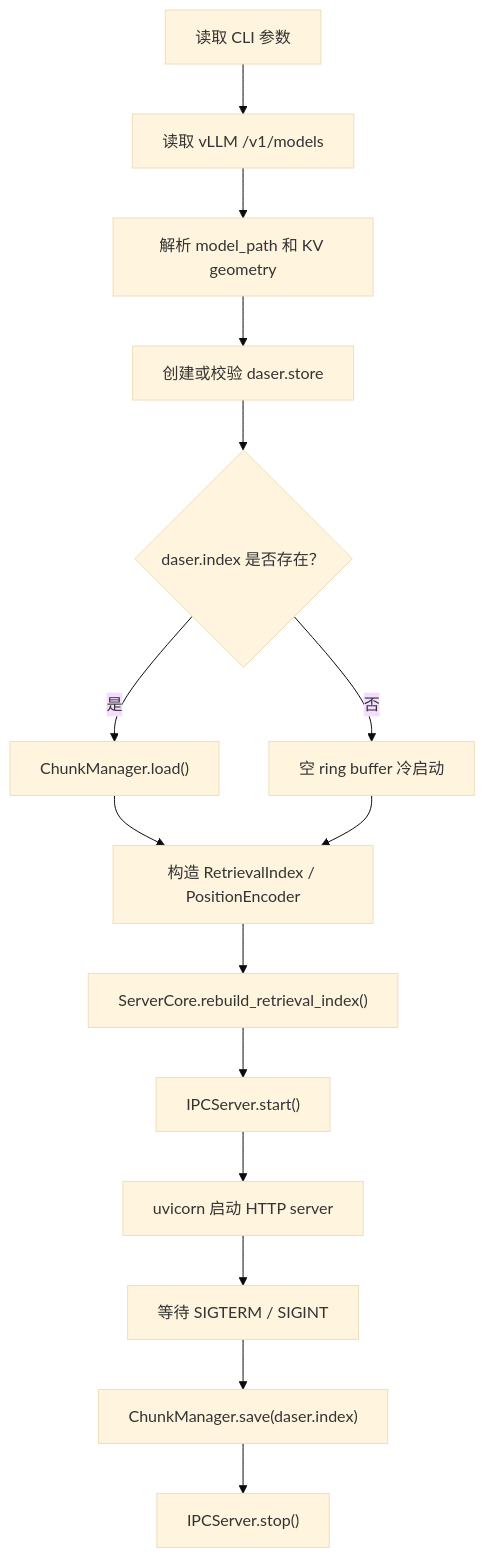
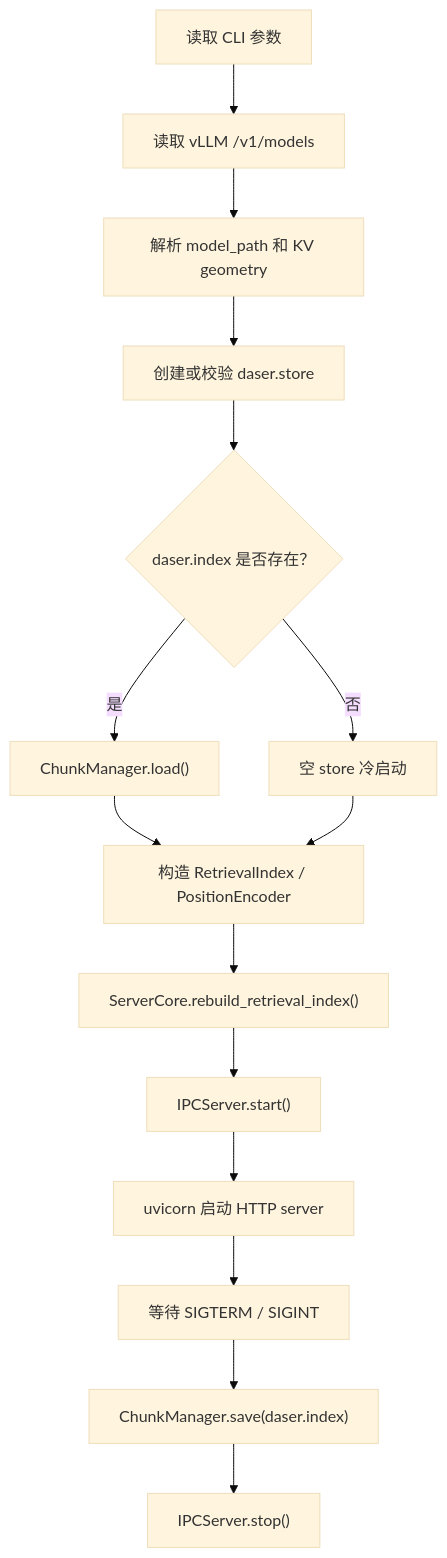
The second of 2 diagrams in docs/design/architecture.md (7774596/DaseR), drawn with Mermaid (base theme) before and after one commit. The commit also changed other lines of this file and 38 other files, not shown here.

````diff
--- a/docs/design/architecture.md
+++ b/docs/design/architecture.md
@@ -350,17 +349,17 @@
 ```mermaid
 flowchart TB
     A["读取 CLI 参数"] --> B["读取 vLLM /v1/models"]
     B --> C["解析 model_path 和 KV geometry"]
     C --> D["创建或校验 daser.store"]
     D --> E{"daser.index 是否存在？"}
     E -- 是 --> F["ChunkManager.load()"]
-    E -- 否 --> G["空 ring buffer 冷启动"]
+    E -- 否 --> G["空 store 冷启动"]
     F --> H["构造 RetrievalIndex / PositionEncoder"]
     G --> H
     H --> I["ServerCore.rebuild_retrieval_index()"]
     I --> J["IPCServer.start()"]
     J --> K["uvicorn 启动 HTTP server"]
     K --> L["等待 SIGTERM / SIGINT"]
     L --> M["ChunkManager.save(daser.index)"]
     M --> N["IPCServer.stop()"]
 ```
````
